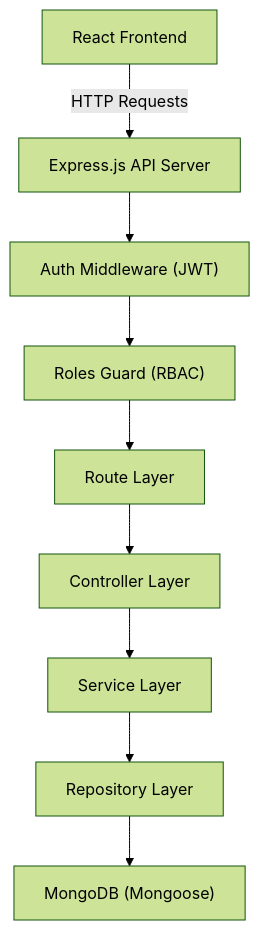
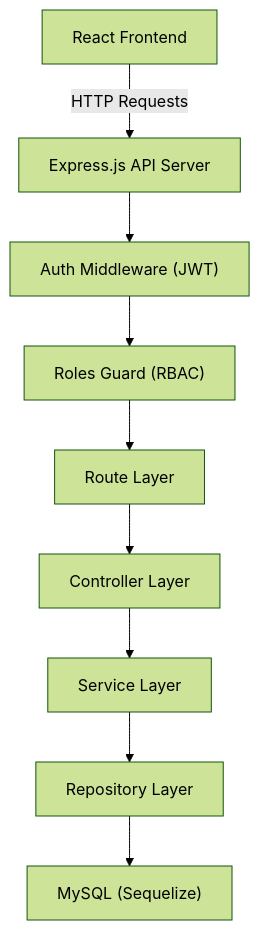
Before and after one commit to amulyamandala/odoo-hackseye-hackathon: the first of 5 diagrams in backend/SYSTEM_DESIGN.md, drawn with Mermaid (forest theme). The commit also changed other lines of this file and 305 other files, not shown here.

````diff
--- a/backend/SYSTEM_DESIGN.md
+++ b/backend/SYSTEM_DESIGN.md
@@ -11,21 +11,21 @@
 ```mermaid
 graph TB
     Client["React Frontend"]
     API["Express.js API Server"]
     Auth["Auth Middleware (JWT)"]
     RBAC["Roles Guard (RBAC)"]
     Routes["Route Layer"]
     Controllers["Controller Layer"]
     Services["Service Layer"]
     Repos["Repository Layer"]
-    DB["MongoDB (Mongoose)"]
+    DB["MySQL (Sequelize)"]
 
     Client -->|HTTP Requests| API
     API --> Auth
     Auth --> RBAC
     RBAC --> Routes
     Routes --> Controllers
     Controllers --> Services
     Services --> Repos
     Repos --> DB
 ```
````
